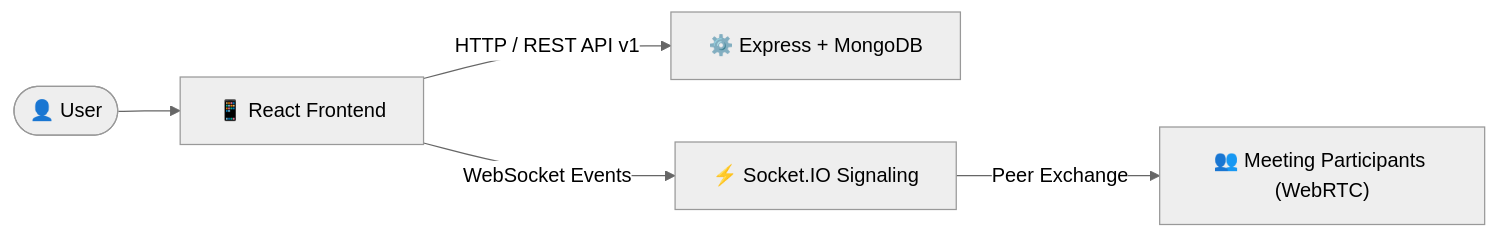
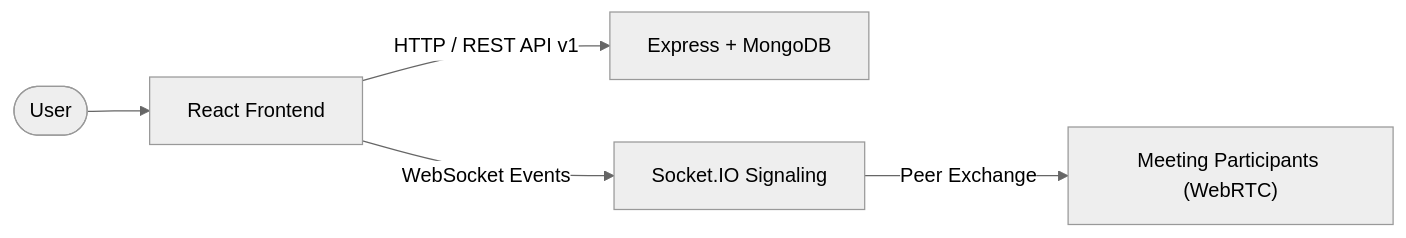
One commit to Sekhar01807/Novacall changed the second of 3 diagrams in README.md. Above: the diagram before and after it, drawn with Mermaid (neutral theme). The commit also changed other lines of this file, not shown here.

````diff
--- a/README.md
+++ b/README.md
@@ -91,7 +102,7 @@
 ```mermaid
 flowchart LR
-    User([👤 User]) --> App[📱 React Frontend]
-    App -->|"HTTP / REST API v1"| Backend["⚙️ Express + MongoDB"]
-    App -->|"WebSocket Events"| Signaling["⚡ Socket.IO Signaling"]
-    Signaling -->|"Peer Exchange"| Peers["👥 Meeting Participants (WebRTC)"]
+    User([User]) --> App[React Frontend]
+    App -->|"HTTP / REST API v1"| Backend["Express + MongoDB"]
+    App -->|"WebSocket Events"| Signaling["Socket.IO Signaling"]
+    Signaling -->|"Peer Exchange"| Peers["Meeting Participants (WebRTC)"]
 ```
````
